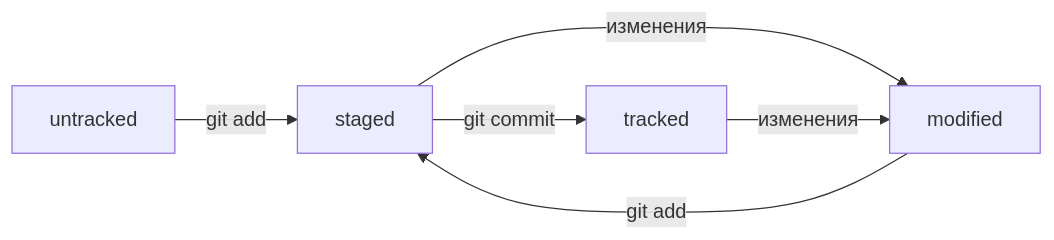
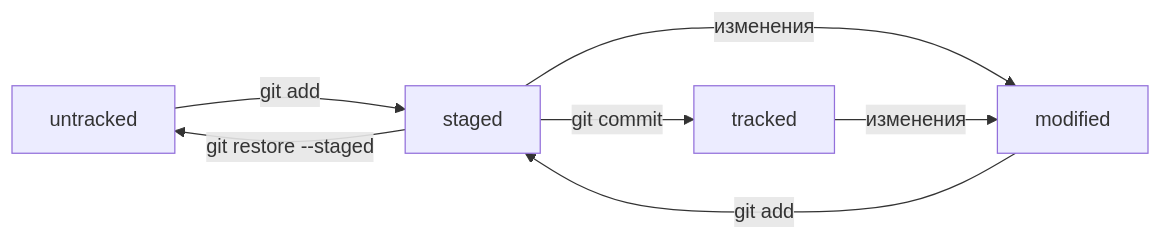
One commit to phantom-333/git-help changed the diagram in README.md. Above: the diagram before and after it, drawn with Mermaid. The commit also changed other lines of this file, not shown here.

Commit message:
Дополнить информацию про git restore --staged

````diff
--- a/README.md
+++ b/README.md
@@ -80,9 +80,10 @@
 ```mermaid
 %% Статусы файлов:
 graph LR;
   untracked -- "git add"       --> staged;
+  staged    -- "git restore --staged"  --> untracked;
   staged    -- "git commit"    --> tracked;
   staged    -- "изменения"     --> modified;
   tracked   -- "изменения"     --> modified;
   modified  -- "git add"       --> staged;
 ```
````
